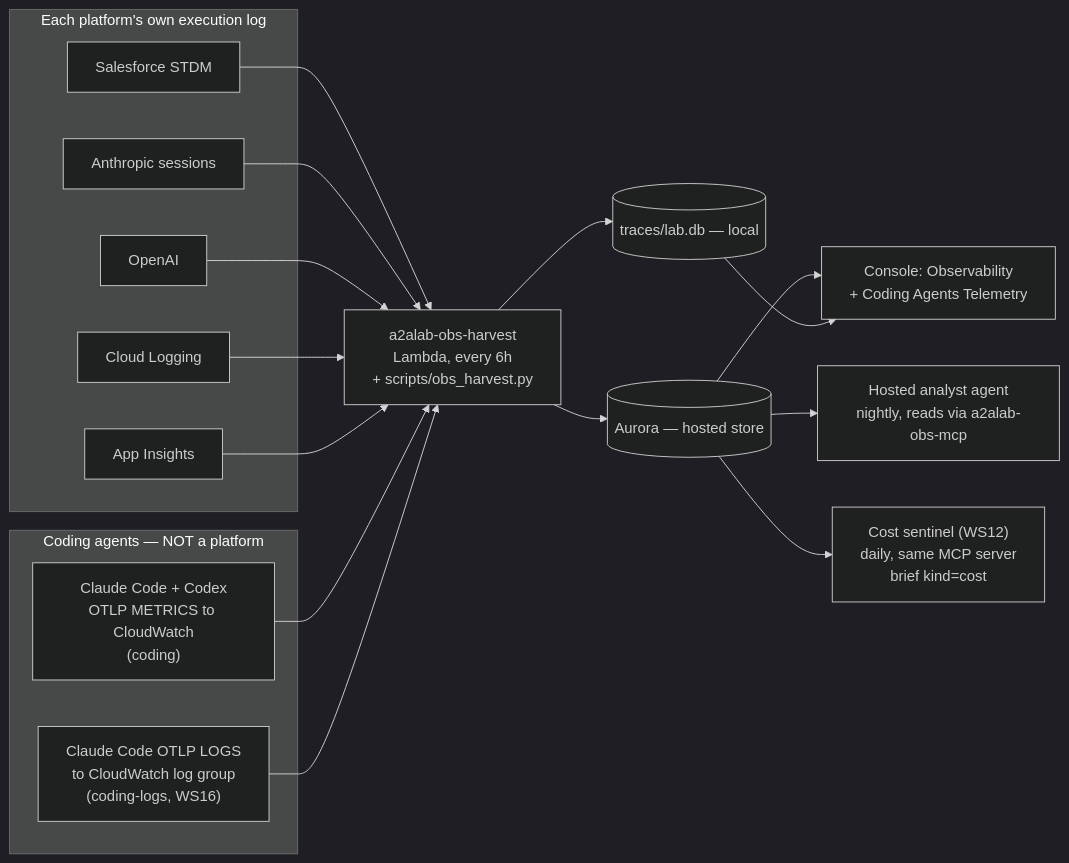
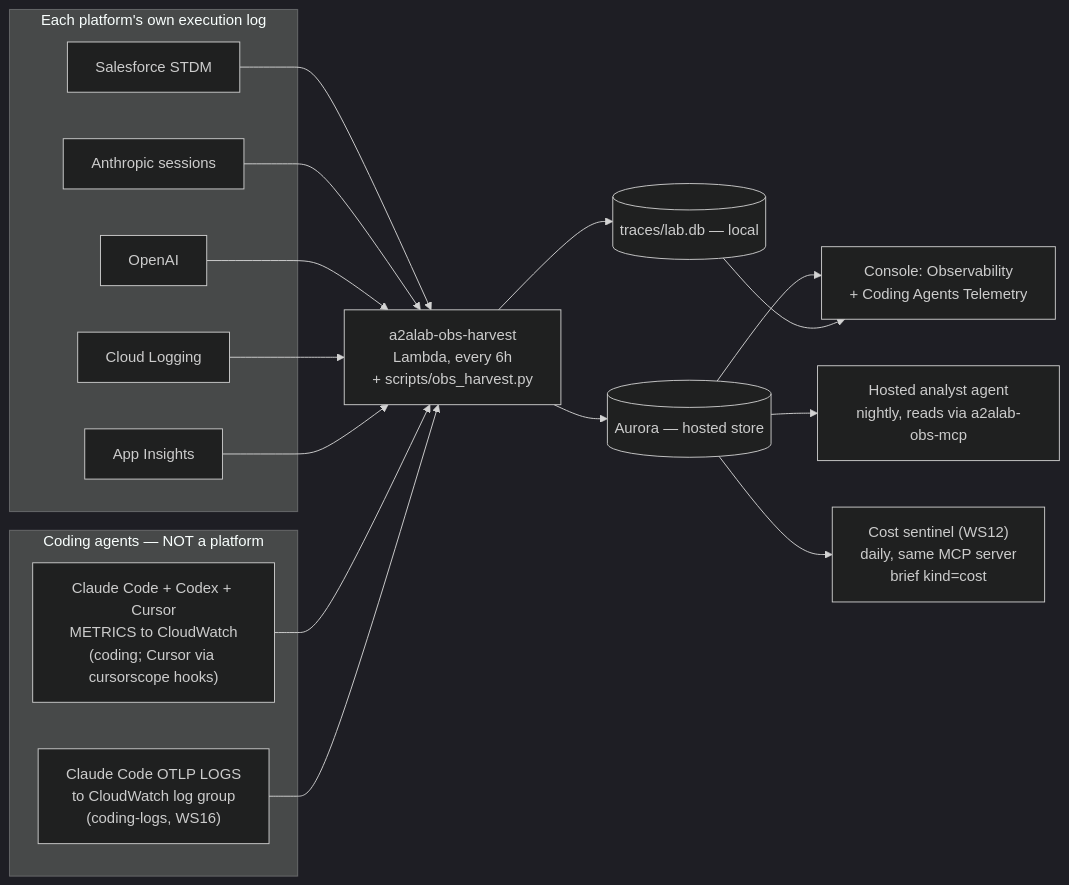
One commit to congmingwudi/a2a-lab changed the seventh of 10 diagrams in plan/09-deployment-map.md. Above: the diagram before and after it, drawn with Mermaid (dark theme). The commit also changed other lines of this file and 10 other files, not shown here.

````diff
--- a/plan/09-deployment-map.md
+++ b/plan/09-deployment-map.md
@@ -541,28 +541,28 @@
 ```mermaid
 flowchart LR
   subgraph SRC["Each platform's own execution log"]
     S1["Salesforce STDM"]
     S2["Anthropic sessions"]
     S3["OpenAI"]
     S4["Cloud Logging"]
     S5["App Insights"]
   end
   subgraph CODE["Coding agents — NOT a platform"]
-    S6["Claude Code + Codex<br/>OTLP METRICS to CloudWatch<br/>(coding)"]
+    S6["Claude Code + Codex + Cursor<br/>METRICS to CloudWatch<br/>(coding; Cursor via cursorscope hooks)"]
     S7["Claude Code OTLP LOGS<br/>to CloudWatch log group<br/>(coding-logs, WS16)"]
   end
   HARV2["a2alab-obs-harvest<br/>Lambda, every 6h<br/>+ scripts/obs_harvest.py"]
   S1 --> HARV2
   S2 --> HARV2
   S3 --> HARV2
   S4 --> HARV2
   S5 --> HARV2
   S6 --> HARV2
   S7 --> HARV2
   HARV2 --> PG[("Aurora — hosted store")]
   HARV2 --> LITE[("traces/lab.db — local")]
   PG --> CONSOLE["Console: Observability<br/>+ Coding Agents Telemetry"]
   LITE --> CONSOLE
   PG --> ANALYST["Hosted analyst agent<br/>nightly, reads via a2alab-obs-mcp"]
   PG --> SENT["Cost sentinel (WS12)<br/>daily, same MCP server<br/>brief kind=cost"]
 ```
````
